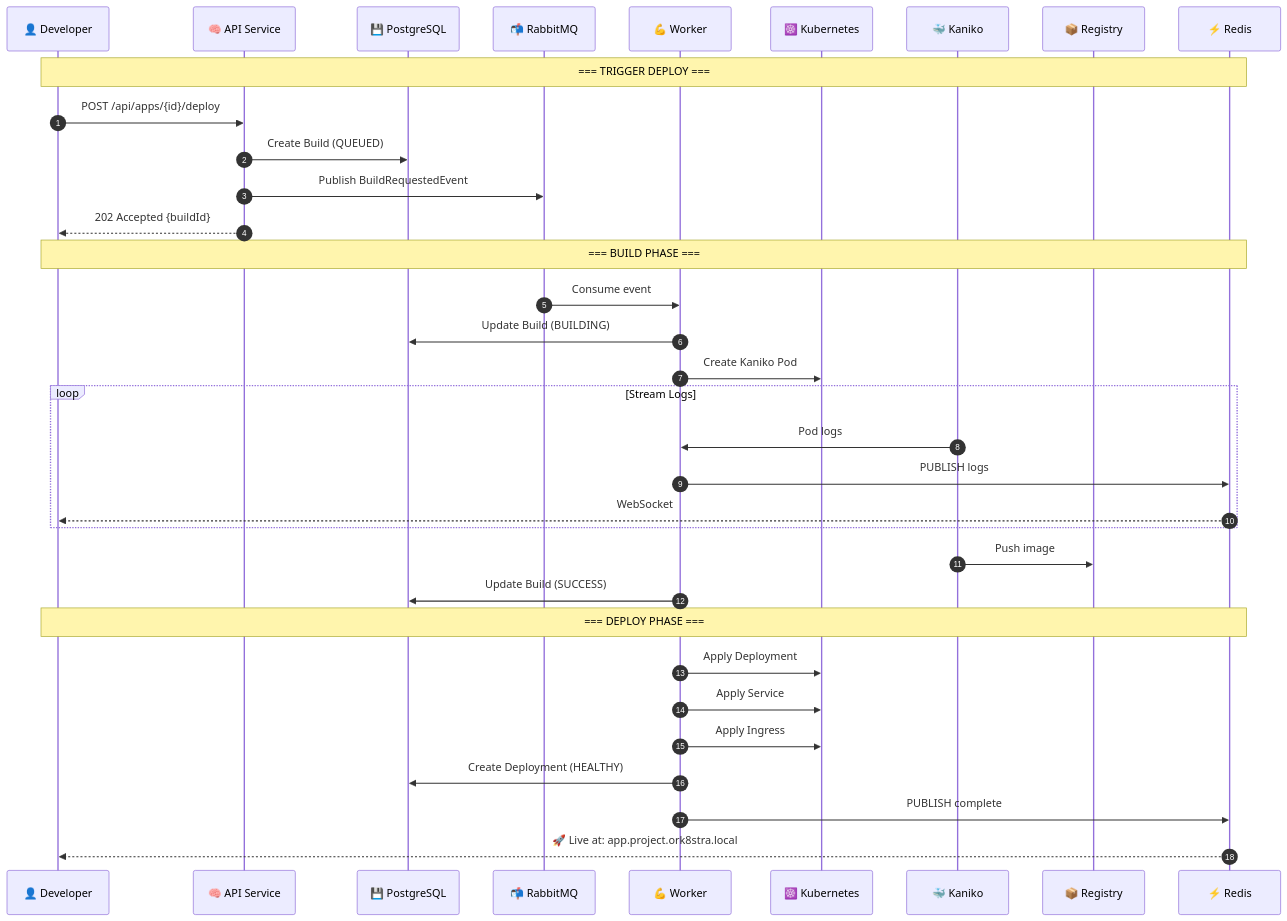
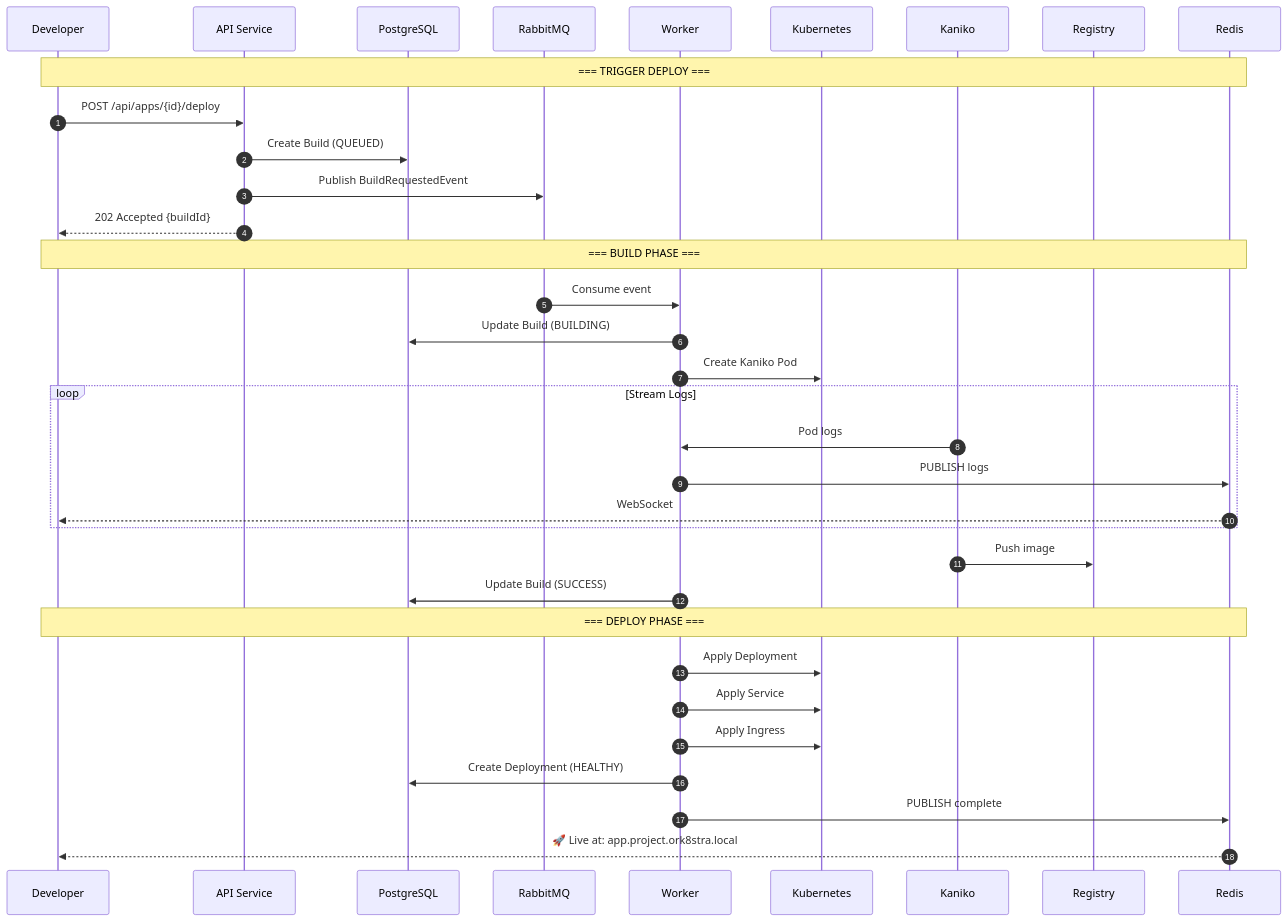
One commit to A-007481D/KubeLite changed the diagram in diagrams/flow/deployment-flow.mmd. Above: the diagram before and after it, drawn with Mermaid. The commit also changed 32 other files, not shown here.

```diff
--- a/diagrams/flow/deployment-flow.mmd
+++ b/diagrams/flow/deployment-flow.mmd
@@ -1,43 +1,43 @@
 sequenceDiagram
     autonumber
     
-    participant User as 👤 Developer
-    participant API as 🧠 API Service
-    participant DB as 💾 PostgreSQL
-    participant MQ as 📬 RabbitMQ
-    participant Worker as 💪 Worker
-    participant K8s as ☸️ Kubernetes
-    participant Kaniko as 🐳 Kaniko
-    participant Registry as 📦 Registry
-    participant Redis as ⚡ Redis
+    participant User as Developer
+    participant API as  API Service
+    participant DB as  PostgreSQL
+    participant MQ as  RabbitMQ
+    participant Worker as  Worker
+    participant K8s as Kubernetes
+    participant Kaniko as Kaniko
+    participant Registry as Registry
+    participant Redis as Redis
 
     Note over User,Redis: === TRIGGER DEPLOY ===
     
     User->>API: POST /api/apps/{id}/deploy
     API->>DB: Create Build (QUEUED)
     API->>MQ: Publish BuildRequestedEvent
     API-->>User: 202 Accepted {buildId}
     
     Note over User,Redis: === BUILD PHASE ===
     
     MQ->>Worker: Consume event
     Worker->>DB: Update Build (BUILDING)
     Worker->>K8s: Create Kaniko Pod
     
     loop Stream Logs
         Kaniko->>Worker: Pod logs
         Worker->>Redis: PUBLISH logs
         Redis-->>User: WebSocket
     end
     
     Kaniko->>Registry: Push image
     Worker->>DB: Update Build (SUCCESS)
     
     Note over User,Redis: === DEPLOY PHASE ===
     
     Worker->>K8s: Apply Deployment
     Worker->>K8s: Apply Service
     Worker->>K8s: Apply Ingress
     Worker->>DB: Create Deployment (HEALTHY)
     Worker->>Redis: PUBLISH complete
     Redis-->>User: 🚀 Live at: app.project.ork8stra.local
```
